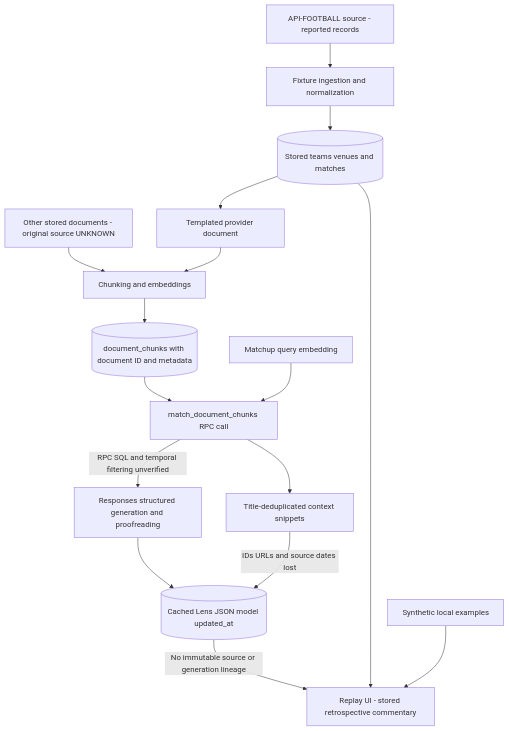
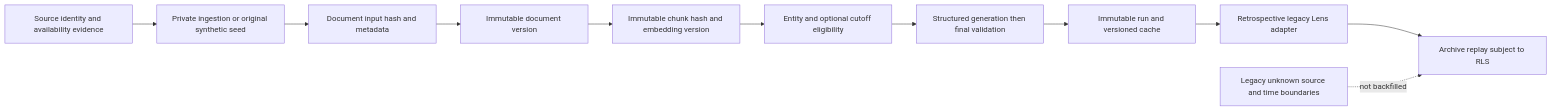
The diagram in docs/data-provenance.md (jeffreymutethia/world-cup-lens), drawn with Mermaid before and after one commit. The commit also changed other lines of this file and 48 other files, not shown here.

````diff
--- a/docs/data-provenance.md
+++ b/docs/data-provenance.md
@@ -51,18 +51,13 @@
 ```mermaid
-flowchart TD
-  Source[API-FOOTBALL source - reported records] --> Ingest[Fixture ingestion and normalization]
-  Ingest --> Rows[(Stored teams venues and matches)]
-  Rows --> Document[Templated provider document]
-  Other[Other stored documents - original source UNKNOWN] --> Chunk
-  Document --> Chunk[Chunking and embeddings]
-  Chunk --> Store[(document_chunks with document ID and metadata)]
-  Store --> Retrieval[match_document_chunks RPC call]
-  Query[Matchup query embedding] --> Retrieval
-  Retrieval -->|RPC SQL and temporal filtering unverified| Generation[Responses structured generation and proofreading]
-  Generation --> Cache[(Cached Lens JSON model updated_at)]
-  Retrieval --> Snippet[Title-deduplicated context snippets]
-  Snippet -->|IDs URLs and source dates lost| Cache
-  Cache -->|No immutable source or generation lineage| UI[Replay UI - stored retrospective commentary]
-  Rows --> UI
-  Seed[Synthetic local examples] --> UI
+flowchart LR
+  Source[Source identity and availability evidence] --> Ingest[Private ingestion or original synthetic seed]
+  Ingest --> Document[Document input hash and metadata]
+  Document --> Version[Immutable document version]
+  Version --> Chunk[Immutable chunk hash and embedding version]
+  Chunk --> Retrieval[Entity and optional cutoff eligibility]
+  Retrieval --> Generate[Structured generation then final validation]
+  Generate --> Cached[Immutable run and versioned cache]
+  Cached --> Adapter[Retrospective legacy Lens adapter]
+  Adapter --> UI[Archive replay subject to RLS]
+  Missing[Legacy unknown source and time boundaries] -. not backfilled .-> UI
 ```
````
